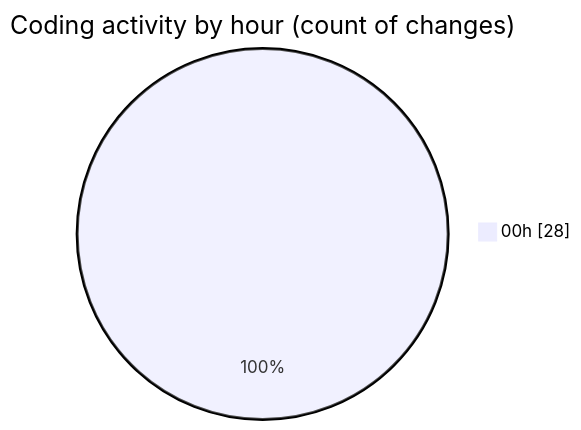
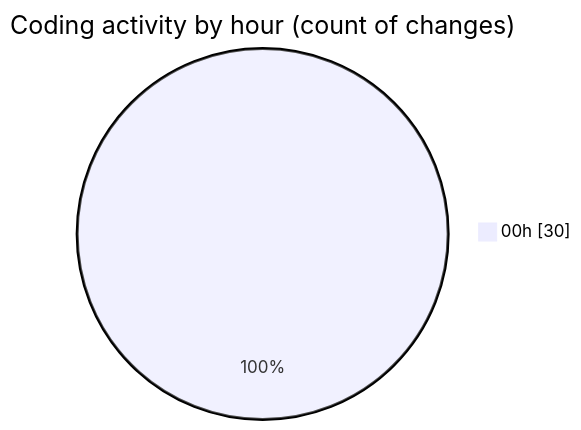
The second of 2 diagrams in 2025-07-26/quanlyrapchieuphim-1/README.md (lephambinh05/code-tracking), drawn with Mermaid before and after one commit. The commit also changed other lines of this file and 1 other file, not shown here.

````diff
--- a/2025-07-26/quanlyrapchieuphim-1/README.md
+++ b/2025-07-26/quanlyrapchieuphim-1/README.md
@@ -30,5 +30,5 @@
 ```mermaid
 pie showData
 title Coding activity by hour (count of changes)
-"00h" : 28
+"00h" : 30
 ```
````
